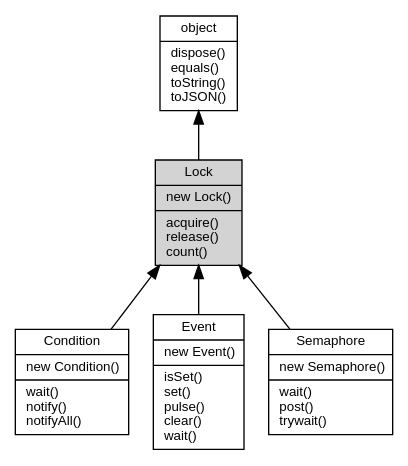
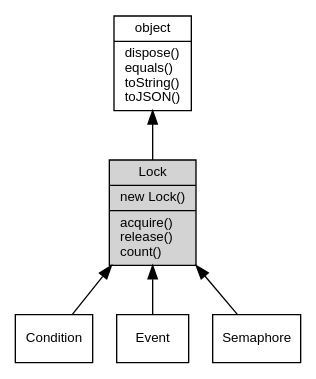
One commit to fibjs/fibjs.org changed the diagram in docs/manual/object/ifs/Lock.md. Above: the diagram before and after it, drawn with Graphviz. The commit also changed 289 other files, not shown here.

````diff
--- a/docs/manual/object/ifs/Lock.md
+++ b/docs/manual/object/ifs/Lock.md
@@ -14,16 +14,16 @@
 ```dot
 digraph {
     node [fontname="Helvetica,sans-Serif", fontsize=10, shape="record", style="filled", fillcolor="white"];
 
     object [tooltip="object", URL="object.md", label="{object|dispose()\lequals()\ltoString()\ltoJSON()\l}"];
-    Lock [tooltip="Lock", fillcolor="lightgray", label="{Lock|new Lock()\l|acquire()\lrelease()\lcount()\l}"];
-    Condition [tooltip="Condition", URL="Condition.md", label="{Condition|new Condition()\l|wait()\lnotify()\lnotifyAll()\l}"];
-    Event [tooltip="Event", URL="Event.md", label="{Event|new Event()\l|isSet()\lset()\lpulse()\lclear()\lwait()\l}"];
-    Semaphore [tooltip="Semaphore", URL="Semaphore.md", label="{Semaphore|new Semaphore()\l|wait()\lpost()\ltrywait()\l}"];
+    Lock [tooltip="Lock", fillcolor="lightgray", id="me", label="{Lock|new Lock()\l|acquire()\lrelease()\lcount()\l}"];
+    Condition [tooltip="Condition", URL="Condition.md", label="{Condition}"];
+    Event [tooltip="Event", URL="Event.md", label="{Event}"];
+    Semaphore [tooltip="Semaphore", URL="Semaphore.md", label="{Semaphore}"];
 
     object -> Lock [dir=back];
     Lock -> Condition [dir=back];
     Lock -> Event [dir=back];
     Lock -> Semaphore [dir=back];
 }
 ```
````
